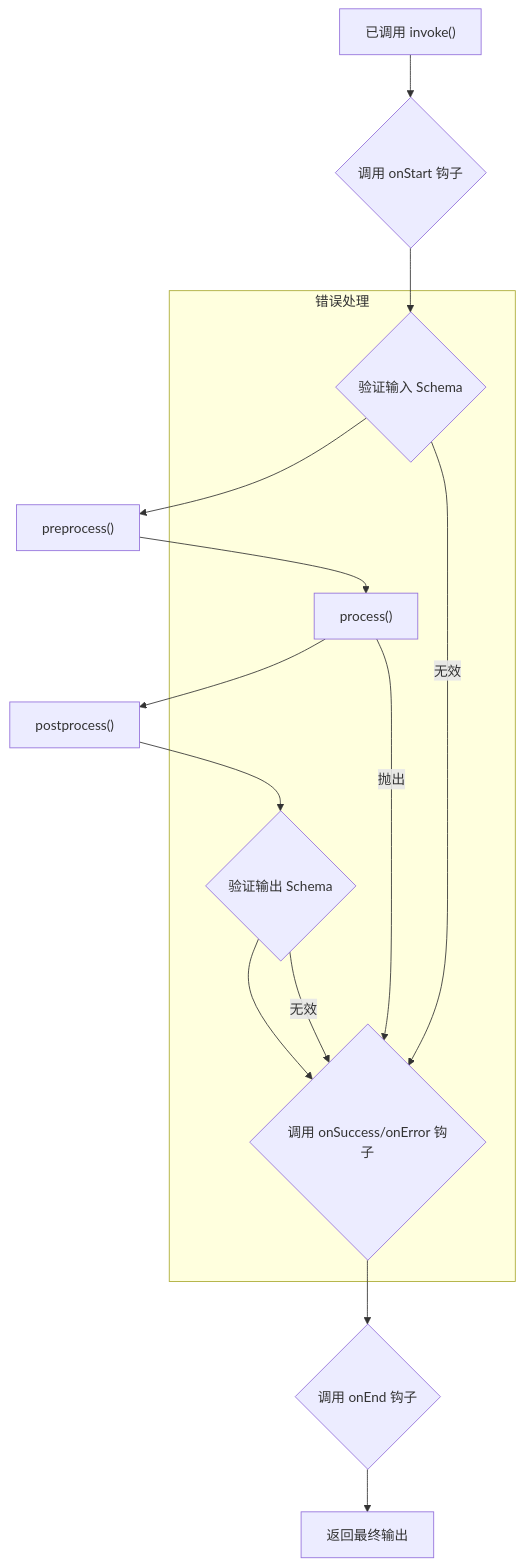
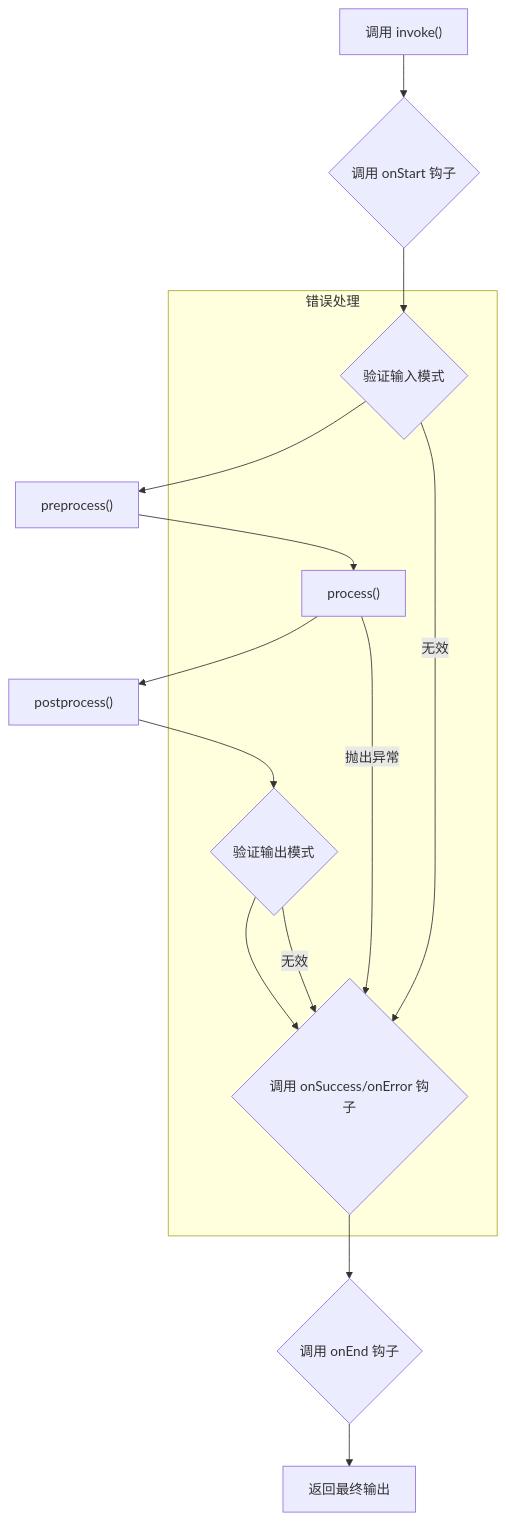
One commit to AIGNE-io/aigne-framework changed the second of 2 diagrams in .aigne/doc-smith/docs/developer-guide-agents-function-agent.zh.md. Above: the diagram before and after it, drawn with Mermaid. The commit also changed other lines of this file and 141 other files, not shown here.

````diff
--- a/.aigne/doc-smith/docs/developer-guide-agents-function-agent.zh.md
+++ b/.aigne/doc-smith/docs/developer-guide-agents-function-agent.zh.md
@@ -251,18 +251,18 @@
 ```mermaid
 flowchart TD
-    A["已调用 invoke()"] --> B{"调用 onStart 钩子"};
-    B --> C{"验证输入 Schema"};
+    A["调用 invoke()"] --> B{调用 onStart 钩子};
+    B --> C{验证输入模式};
     C --> D["preprocess()"];
     D --> E["process()"];
     E --> F["postprocess()"];
-    F --> G{"验证输出 Schema"};
-    G --> H{"调用 onSuccess/onError 钩子"};
-    H --> I{"调用 onEnd 钩子"};
-    I --> J["返回最终输出"];
+    F --> G{验证输出模式};
+    G --> H{调用 onSuccess/onError 钩子};
+    H --> I{调用 onEnd 钩子};
+    I --> J[返回最终输出];
     
     subgraph 错误处理
         C -- 无效 --> H;
-        E -- 抛出 --> H;
+        E -- 抛出异常 --> H;
         G -- 无效 --> H;
     end
 ```
````
